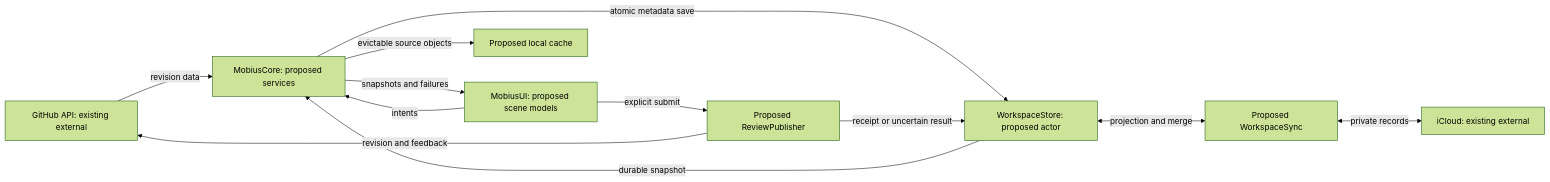
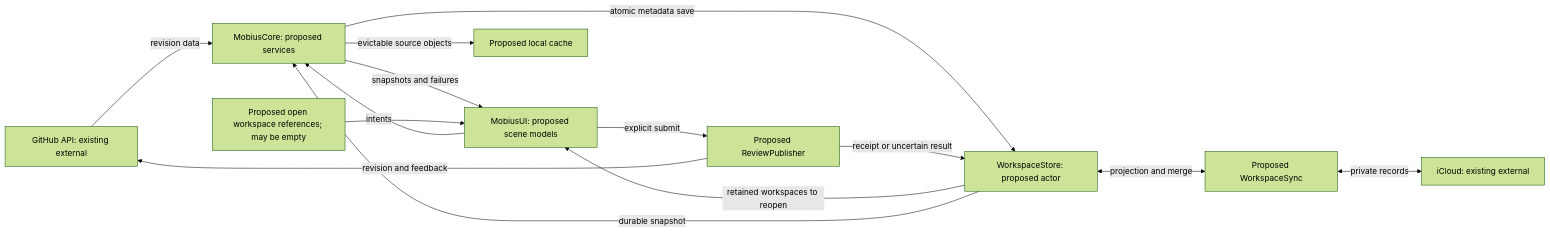
Before and after one commit to kyleve/Stuff: the diagram in Plans/2026-11-14-mobius/README.md, drawn with Mermaid (forest theme). The commit also changed other lines of this file and 3 other files, not shown here.

Commit message:
docs(Mobius): plan retained workspace close and reopen

````diff
--- a/Plans/2026-11-14-mobius/README.md
+++ b/Plans/2026-11-14-mobius/README.md
@@ -172,14 +182,16 @@
 ```mermaid
 flowchart LR
     GitHub["GitHub API: existing external"] -->|revision data| Core["MobiusCore: proposed services"]
     Core -->|snapshots and failures| UI["MobiusUI: proposed scene models"]
     UI -->|intents| Core
+    Presented["Proposed open workspace references; may be empty"] --> UI
+    Store -->|retained workspaces to reopen| UI
     Core -->|atomic metadata save| Store["WorkspaceStore: proposed actor"]
     Store -->|durable snapshot| Core
     Core -->|evictable source objects| Cache["Proposed local cache"]
     Store <-->|projection and merge| Sync["Proposed WorkspaceSync"]
     Sync <-->|private records| Cloud["iCloud: existing external"]
     UI -->|explicit submit| Publish["Proposed ReviewPublisher"]
     Publish -->|revision and feedback| GitHub
     Publish -->|receipt or uncertain result| Store
 ```
````
